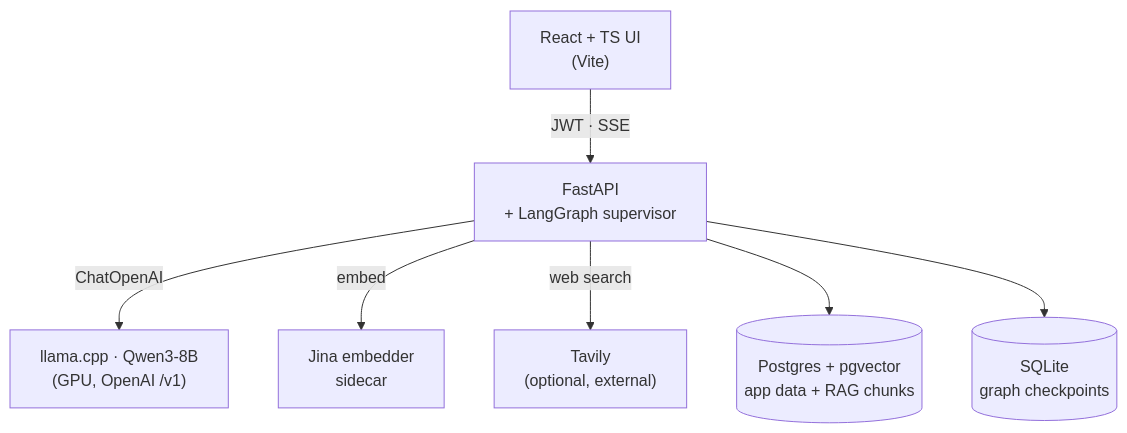
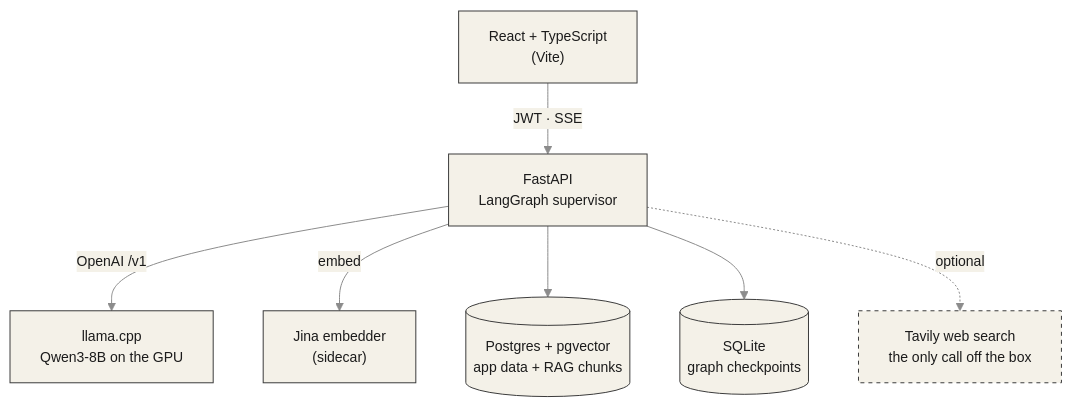
Before and after one commit to Jakhmola/interview-coach: the second of 2 diagrams in README.md, drawn with Mermaid. The commit also changed other lines of this file and 11 other files, not shown here.

````diff
--- a/README.md
+++ b/README.md
@@ -41,9 +70,11 @@
 ```mermaid
+%%{init: {"theme":"base","themeVariables":{"primaryColor":"#F4F1E8","primaryTextColor":"#1B1B1B","primaryBorderColor":"#3C3C3C","lineColor":"#8C8C8C","secondaryColor":"#EDE9DC","tertiaryColor":"#FBFAF6","edgeLabelBackground":"#F4F1E8","fontSize":"14px"}}}%%
 flowchart TB
-    UI["React + TS UI<br/>(Vite)"] -->|JWT · SSE| API["FastAPI<br/>+ LangGraph supervisor"]
-    API -->|ChatOpenAI| LLM["llama.cpp · Qwen3-8B<br/>(GPU, OpenAI /v1)"]
-    API -->|embed| EMB["Jina embedder<br/>sidecar"]
-    API -->|web search| TAV["Tavily<br/>(optional, external)"]
+    UI["React + TypeScript<br/>(Vite)"] -->|"JWT · SSE"| API["FastAPI<br/>LangGraph supervisor"]
+    API -->|"OpenAI /v1"| LLM["llama.cpp<br/>Qwen3-8B on the GPU"]
+    API -->|"embed"| EMB["Jina embedder<br/>(sidecar)"]
     API --> PG[("Postgres + pgvector<br/>app data + RAG chunks")]
     API --> CK[("SQLite<br/>graph checkpoints")]
+    API -.->|"optional"| TAV["Tavily web search<br/>the only call off the box"]
+    style TAV stroke-dasharray: 4 4
 ```
````
